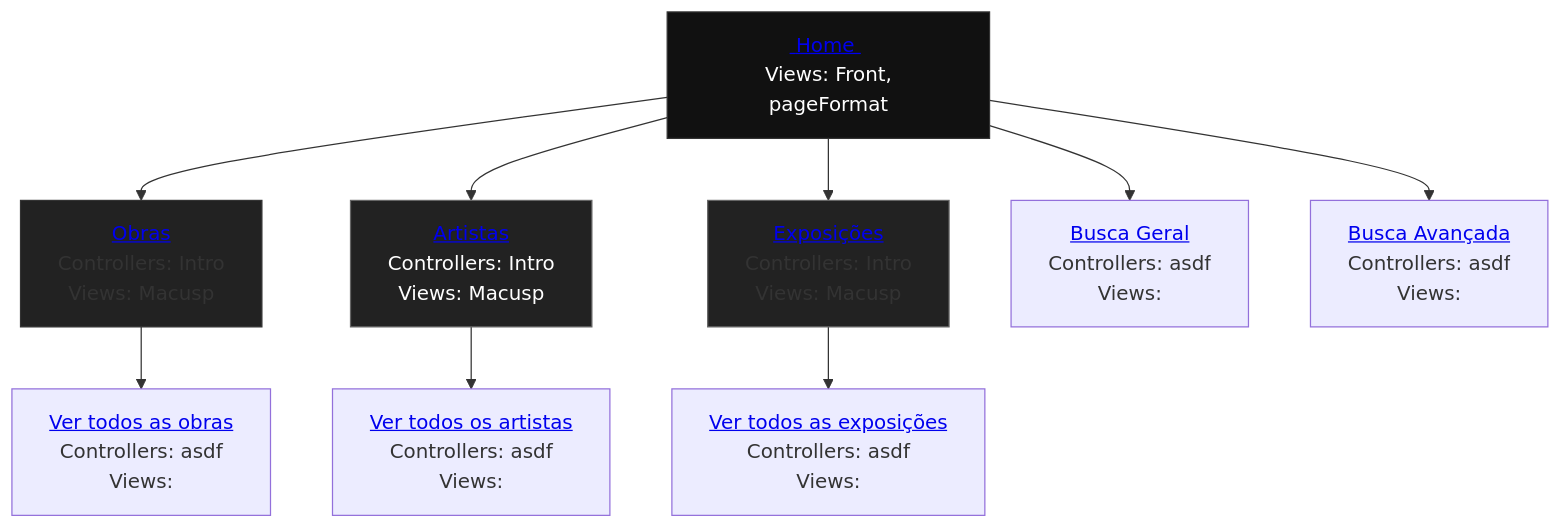
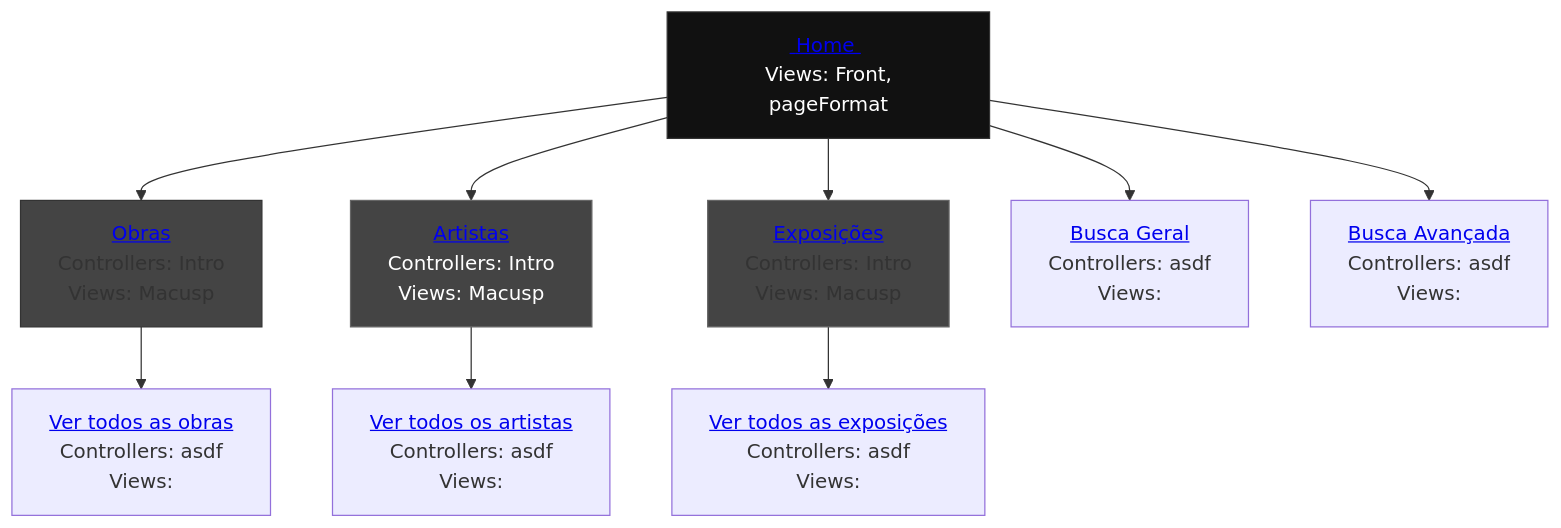
Before and after one commit to reynaldocv/macusp: the diagram in README.md, drawn with Mermaid.

````diff
--- a/README.md
+++ b/README.md
@@ -245,29 +245,29 @@
 ```mermaid
 graph TD
     %% Parte superior e inferior del primer puesto
     home["           <a href='http://143.107.130.173/admacervo/macusp/index.php'> Home </a> <br> Views: Front, pageFormat"]
     works["          <a href='http://143.107.130.173/admacervo/macusp/index.php/Intro/works'>Obras</a>      <br> Controllers: Intro <br> Views: Macusp"]
     artists["        <a href='http://143.107.130.173/admacervo/macusp/index.php/Intro/artists'>Artistas</a>  <br> Controllers: Intro <br> Views: Macusp"]
     exhibitions["    <a href='http://143.107.130.173/admacervo/macusp/index.php/Intro/exhibitions'>Exposições</a> <br> Controllers: Intro <br> Views: Macusp"]
     search["         <a href='https://link.com'> Busca Geral </a> <br>  Controllers: asdf <br>  Views: "]
     advancedSearch[" <a href='https://link.com'> Busca Avançada</a> <br>  Controllers: </strong> asdf <br>  Views: "]
     viewWorks[" <a href='https://link.com'> Ver todos as obras</a> <br>  Controllers: </strong> asdf <br>  Views: "]
     viewArtists[" <a href='https://link.com'> Ver todos os artistas</a> <br>  Controllers: </strong> asdf <br>  Views: "]
     viewExhibitions[" <a href='https://link.com'> Ver todos as exposições</a> <br>  Controllers: </strong> asdf <br>  Views: "]
     
     %% Conexión del organigrama (une la parte inferior de uno con la superior del otro)
     home --> works
     home --> artists
     home --> exhibitions
     home --> search
     home --> advancedSearch
     works --> viewWorks
     artists --> viewArtists    
     exhibitions --> viewExhibitions
 
     %% Estilos para que parezcan una sola pieza
     style home fill:#111,stroke:#333,color:#fff
-    style works fill:#222,stroke:#333
-    style artists fill:#222,stroke:#666,color:#fff
-    style exhibitions fill:#222,stroke:#666
+    style works fill:#444,stroke:#333
+    style artists fill:#444,stroke:#666,color:#fff
+    style exhibitions fill:#444,stroke:#666
 ```
````
